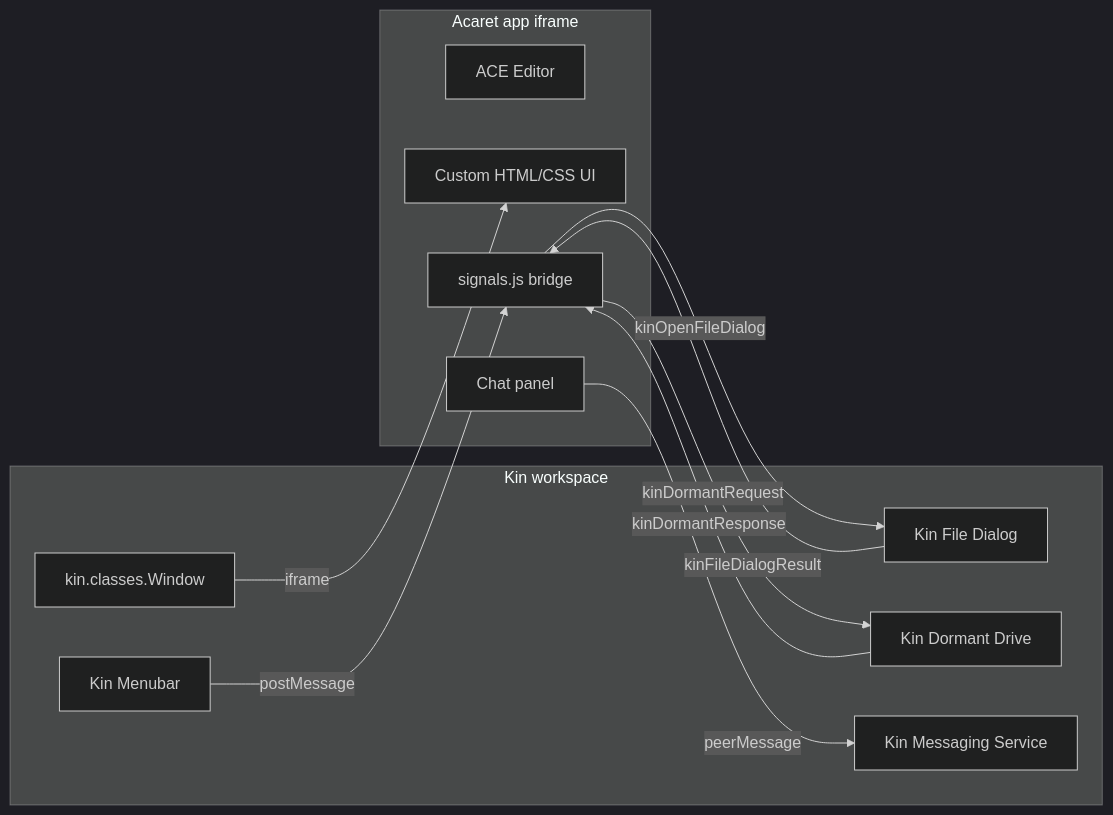
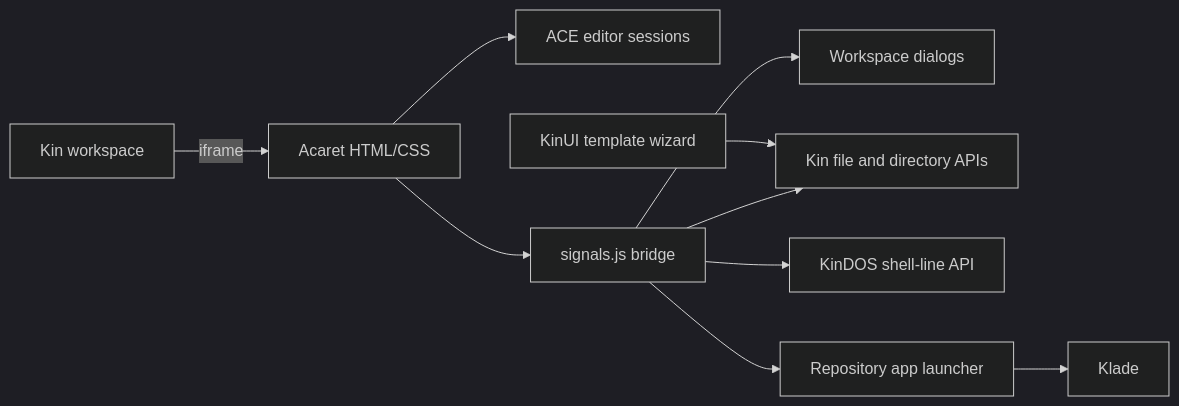
Before and after one commit to auraeinteractive/acaret: the diagram in specs/architecture.md, drawn with Mermaid (dark theme). The commit also changed other lines of this file and 60 other files, not shown here.

Commit message:
Refocus Acaret editor and add Kin project tooling

````diff
--- a/specs/architecture.md
+++ b/specs/architecture.md
@@ -3,23 +3,12 @@
 ```mermaid
 flowchart LR
-  subgraph kin [Kin workspace]
-    KWin[kin.classes.Window]
-    Menus[Kin Menubar]
-    Dlg[Kin File Dialog]
-    FS[Kin Dormant Drive]
-    MS[Kin Messaging Service]
-  end
-  subgraph acaret [Acaret app iframe]
-    ACE[ACE Editor]
-    UI[Custom HTML/CSS UI]
-    Signal[signals.js bridge]
-    Chat[Chat panel]
-  end
-  KWin -->|iframe| UI
-  Menus -->|postMessage| Signal
-  Signal -->|kinOpenFileDialog| Dlg
-  Dlg -->|kinFileDialogResult| Signal
-  Signal -->|kinDormantRequest| FS
-  FS -->|kinDormantResponse| Signal
-  Chat -->|peerMessage| MS
+  Workspace[Kin workspace] -->|iframe| UI[Acaret HTML/CSS]
+  UI --> ACE[ACE editor sessions]
+  UI --> Bridge[signals.js bridge]
+  Bridge --> Dialogs[Workspace dialogs]
+  Bridge --> Files[Kin file and directory APIs]
+  Bridge --> Shell[KinDOS shell-line API]
+  Bridge --> Apps[Repository app launcher]
+  Wizard[KinUI template wizard] --> Files
+  Apps --> Klade[Klade]
 ```
````
